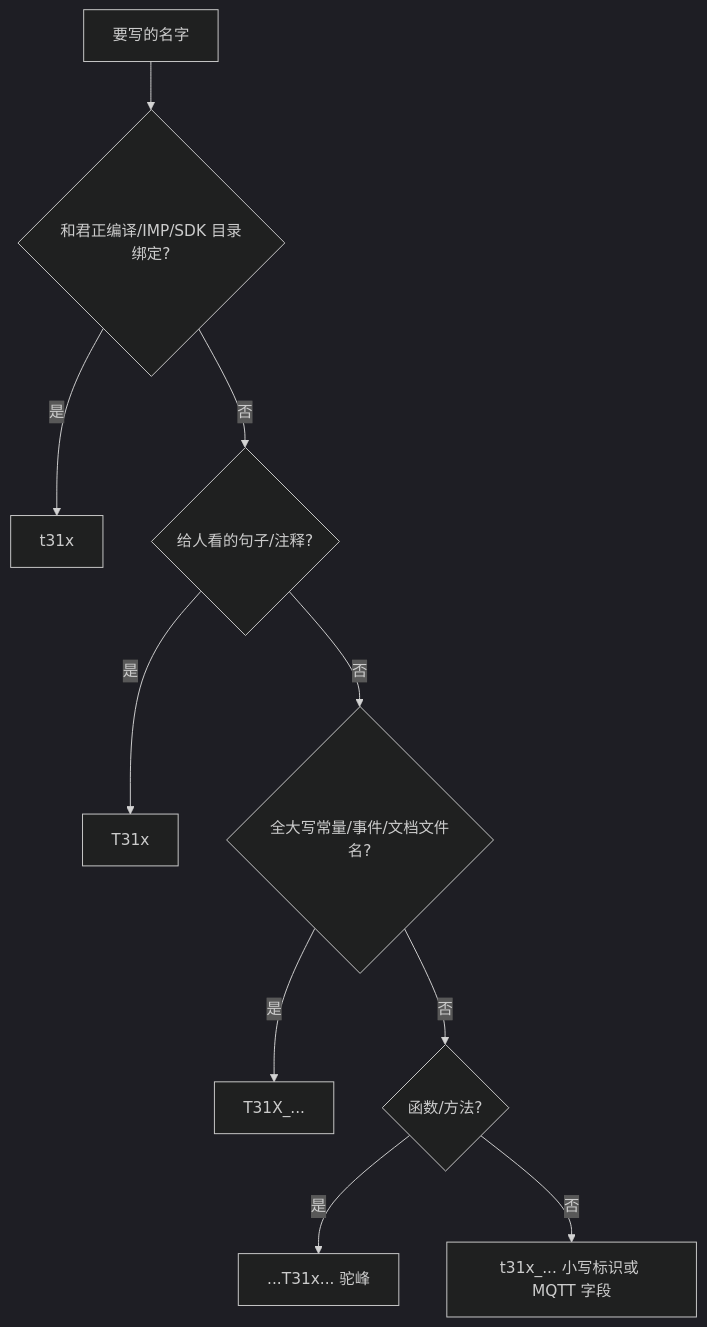
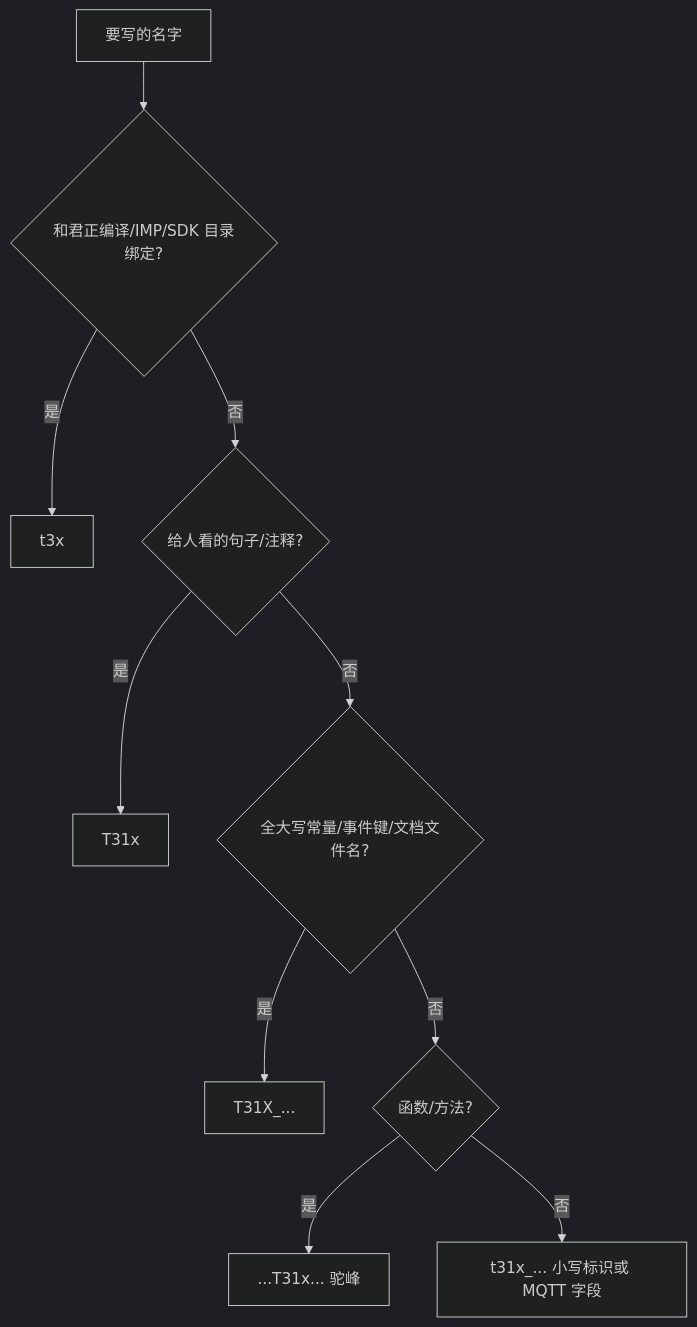
One commit to dzr1986/AIR780EHM changed the diagram in doc/overview/T31X_NAMING.md. Above: the diagram before and after it, drawn with Mermaid (dark theme). The commit also changed other lines of this file and 79 other files, not shown here.

````diff
--- a/doc/overview/T31X_NAMING.md
+++ b/doc/overview/T31X_NAMING.md
@@ -150,12 +147,12 @@
 ```mermaid
 flowchart TD
     A[要写的名字] --> B{和君正编译/IMP/SDK 目录绑定?}
-    B -->|是| C[t31x]
+    B -->|是| C[t3x]
     B -->|否| D{给人看的句子/注释?}
     D -->|是| E[T31x]
-    D -->|否| F{全大写常量/事件/文档文件名?}
+    D -->|否| F{全大写常量/事件键/文档文件名?}
     F -->|是| G[T31X_...]
     F -->|否| H{函数/方法?}
     H -->|是| I[...T31x... 驼峰]
     H -->|否| J[t31x_... 小写标识或 MQTT 字段]
 ```
````
